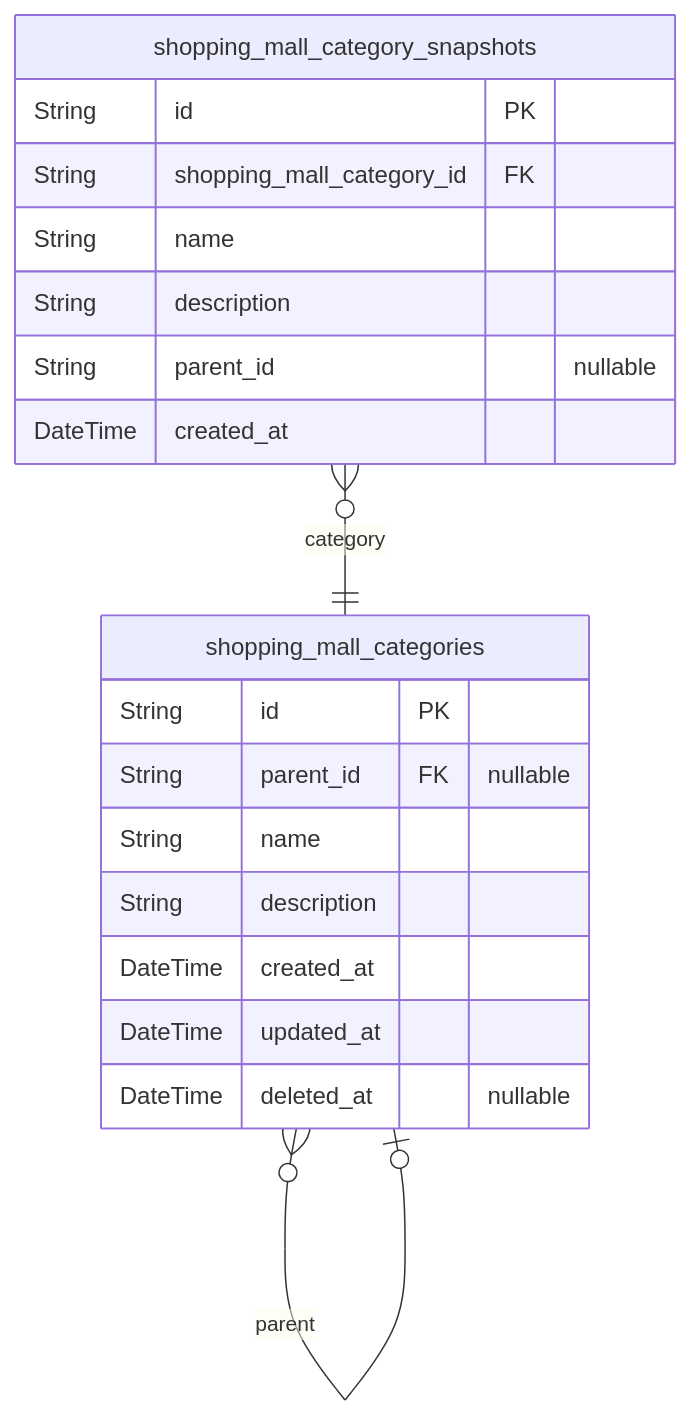
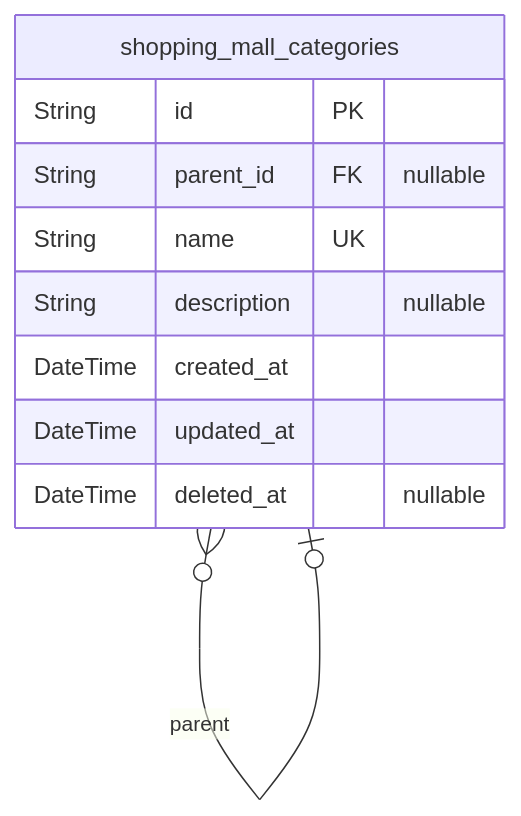
The fifth of 11 diagrams in qwen/qwen3.5-397b-a17b/shopping/docs/ERD.md (wrtnlabs/autobe-examples), drawn with Mermaid before and after one commit. The commit also changed other lines of this file and 32093 other files, not shown here.

````diff
--- a/qwen/qwen3.5-397b-a17b/shopping/docs/ERD.md
+++ b/qwen/qwen3.5-397b-a17b/shopping/docs/ERD.md
@@ -617,22 +1762,13 @@
 ```mermaid
 erDiagram
 "shopping_mall_categories" {
   String id PK
   String parent_id FK "nullable"
-  String name
-  String description
+  String name UK
+  String description "nullable"
   DateTime created_at
   DateTime updated_at
   DateTime deleted_at "nullable"
 }
-"shopping_mall_category_snapshots" {
-  String id PK
-  String shopping_mall_category_id FK
-  String name
-  String description
-  String parent_id "nullable"
-  DateTime created_at
-}
 "shopping_mall_categories" }o--o| "shopping_mall_categories" : parent
-"shopping_mall_category_snapshots" }o--|| "shopping_mall_categories" : category
 ```
````
